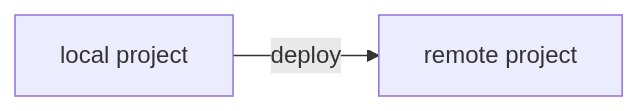
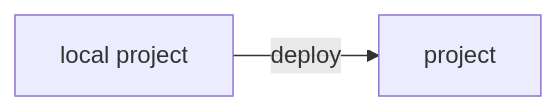
The third of 4 diagrams in www/src/docs/netzo/cli.md (netzo/fresh-netzo), drawn with Mermaid before and after one commit. The commit also changed other lines of this file and 5 other files, not shown here.

````diff
--- a/www/src/docs/netzo/cli.md
+++ b/www/src/docs/netzo/cli.md
@@ -98,4 +124,4 @@
 ```mermaid
 flowchart LR
-    A[local project] -->|deploy| B[remote project]
+    A[local project] -->|deploy| B[project]
 ```
````
